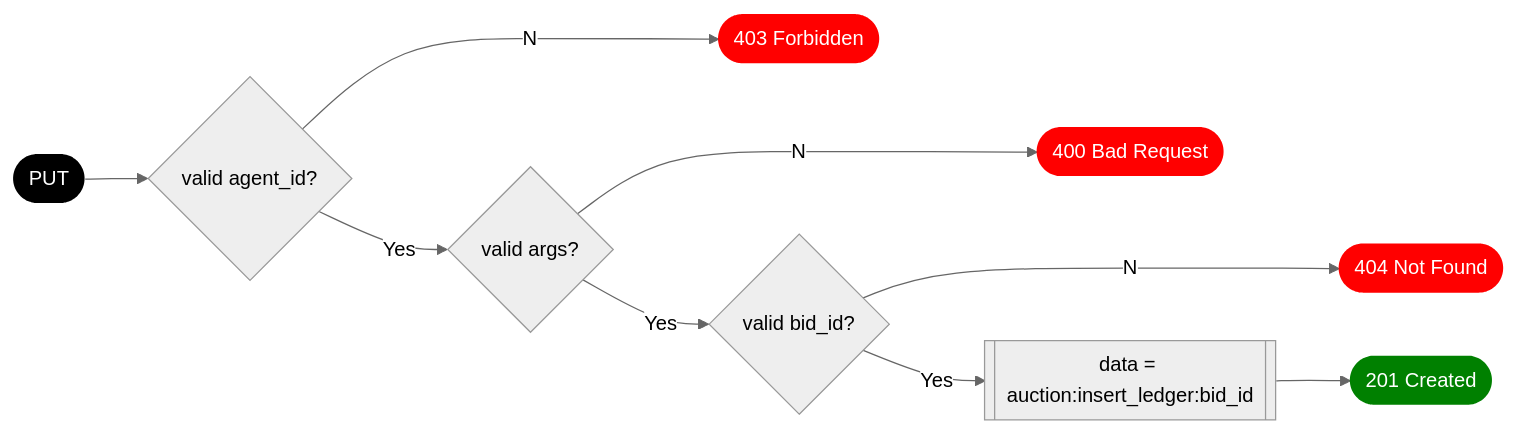
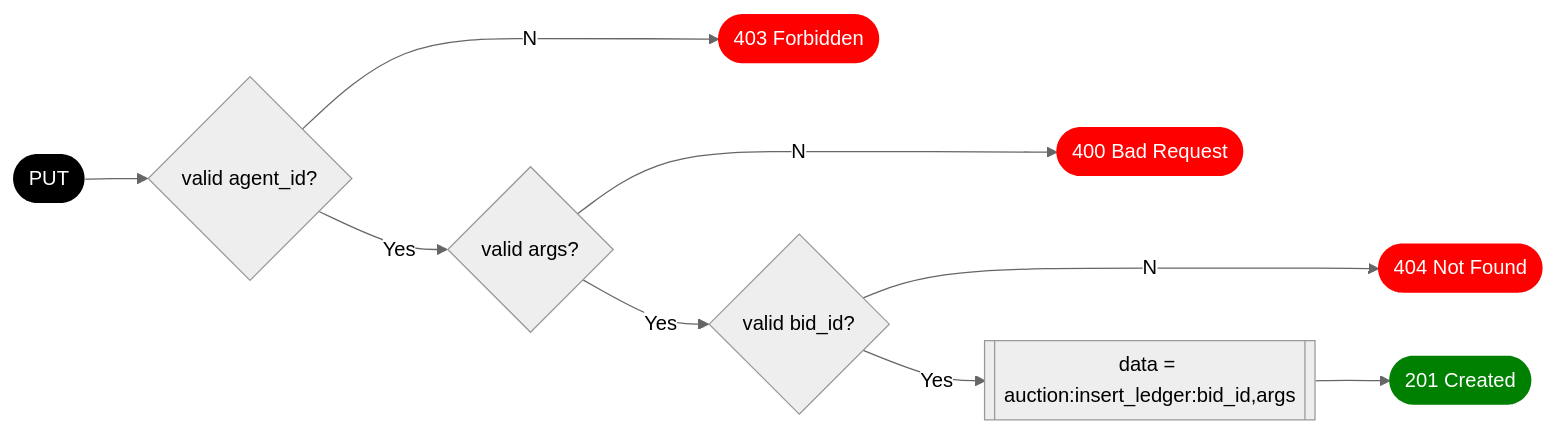
The seventh of 7 diagrams in docs/auction.md (aivanova5/design), drawn with Mermaid (neutral theme) before and after one commit.

````diff
--- a/docs/auction.md
+++ b/docs/auction.md
@@ -407,15 +407,15 @@
 ```mermaid
 graph LR
   classDef start stroke-width:0px,fill:black,color:white
   classDef success fill:green,stroke-width:0px,color:white
   classDef error fill:red,stroke-width:0px,color:white
   
   enter([PUT]):::start --> agent_ok{valid agent_id?}
   agent_ok --No--> code403([403 Forbidden]):::error
   agent_ok --Yes--> valid{valid args?}
   valid --No--> code400([400 Bad Request]):::error
   valid --Yes--> bid_ok{valid bid_id?}
   bid_ok --No--> code404([404 Not Found]):::error
-  bid_ok --Yes--> get_data[[data = auction:insert_ledger:bid_id]]
+  bid_ok --Yes--> get_data[[data = auction:insert_ledger:bid_id,args]]
   get_data --> code201([201 Created]):::success
 ```
````
